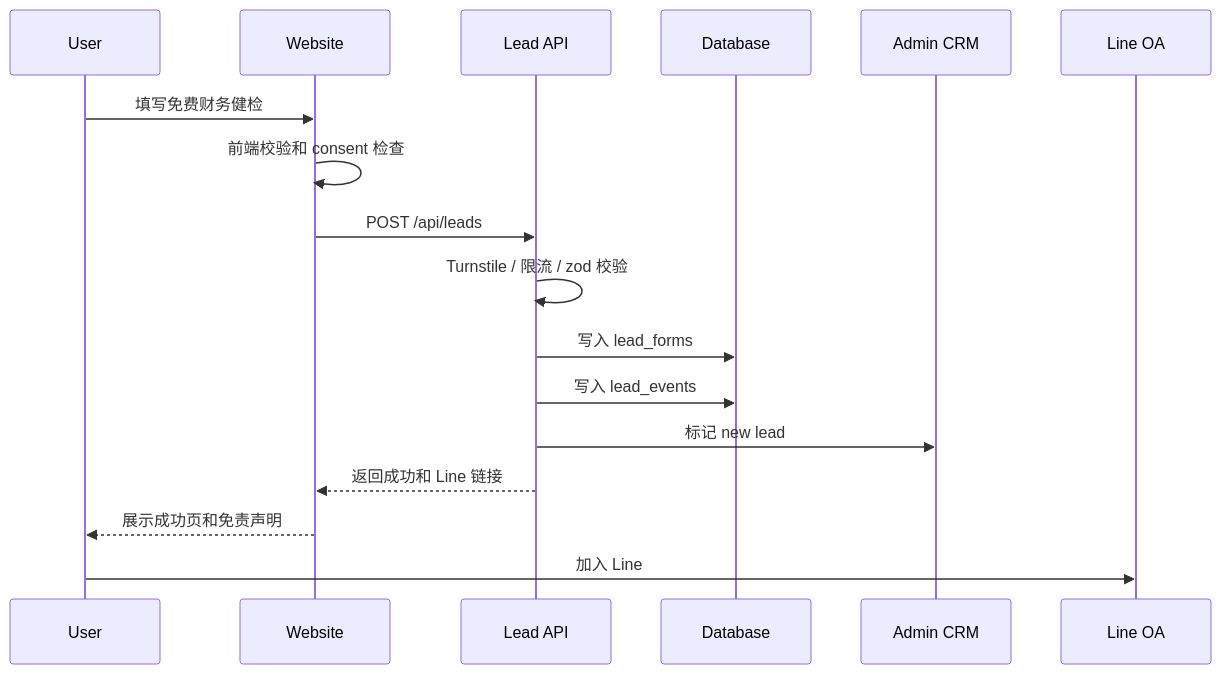
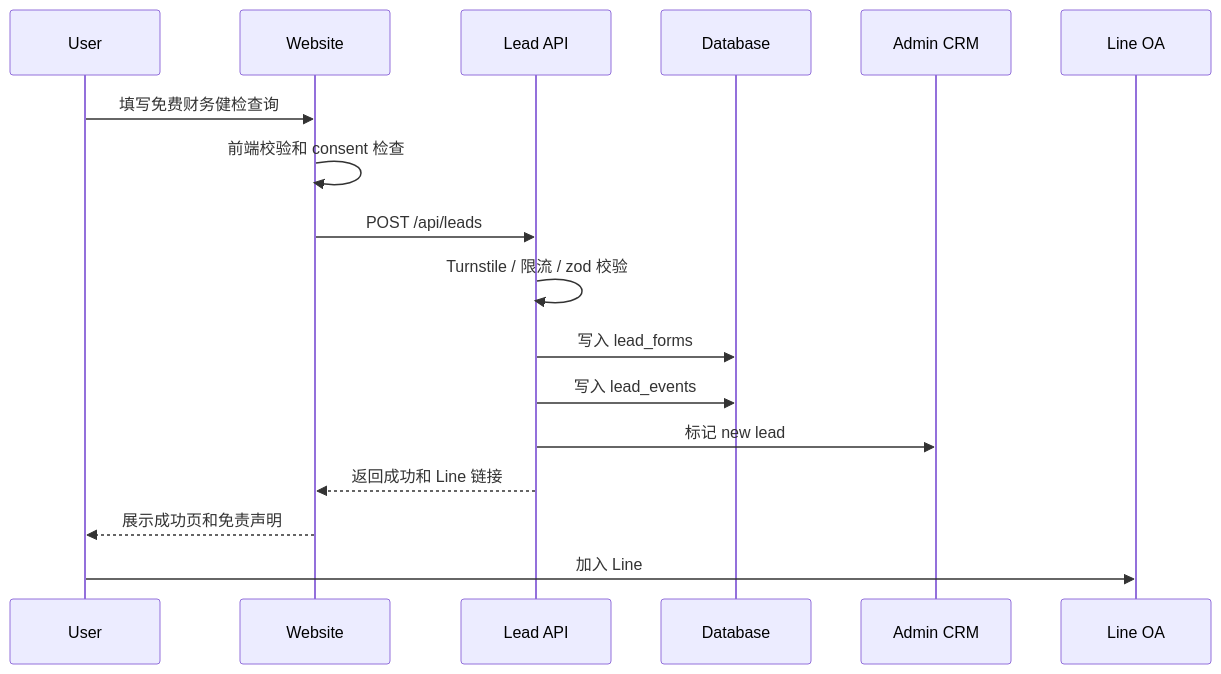
One commit to windzlc-code/finance_webto changed the second of 3 diagrams in TFSE金融独立站现成前端模板套用0-1完整项目计划.md. Above: the diagram before and after it, drawn with Mermaid. The commit also changed other lines of this file and 119 other files, not shown here.

````diff
--- a/TFSE金融独立站现成前端模板套用0-1完整项目计划.md
+++ b/TFSE金融独立站现成前端模板套用0-1完整项目计划.md
@@ -1028,20 +1028,20 @@
 ```mermaid
 sequenceDiagram
   participant U as User
   participant W as Website
   participant API as Lead API
   participant DB as Database
   participant CRM as Admin CRM
   participant L as Line OA
 
-  U->>W: 填写免费财务健检
+  U->>W: 填写免费财务健检查询
   W->>W: 前端校验和 consent 检查
   W->>API: POST /api/leads
   API->>API: Turnstile / 限流 / zod 校验
   API->>DB: 写入 lead_forms
   API->>DB: 写入 lead_events
   API->>CRM: 标记 new lead
   API-->>W: 返回成功和 Line 链接
   W-->>U: 展示成功页和免责声明
   U->>L: 加入 Line
 ```
````
